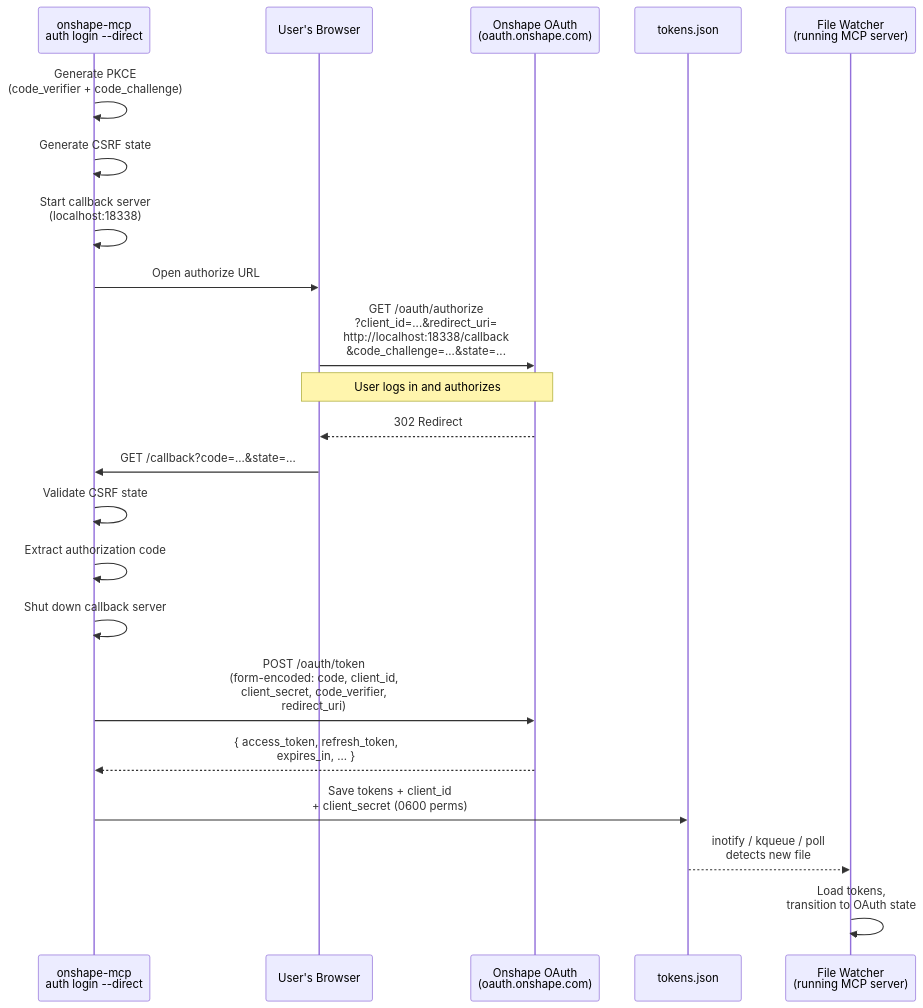
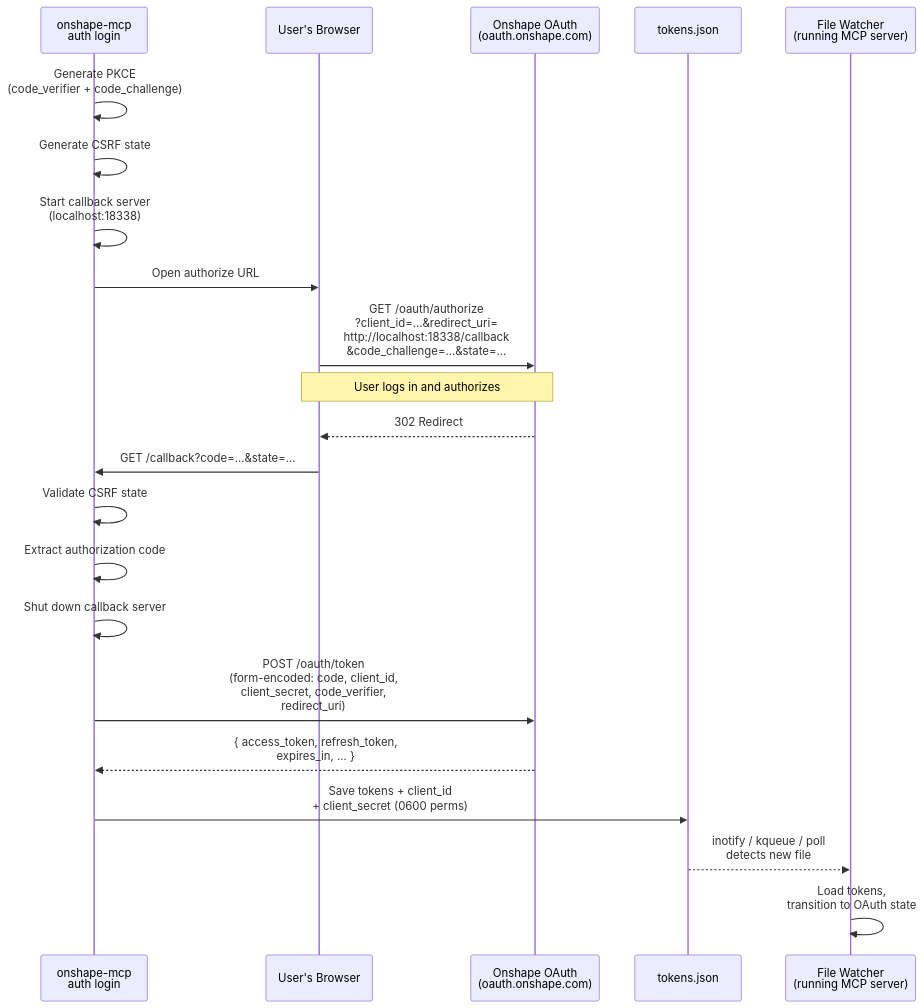
Before and after one commit to altendky/onshape-mcp: the fourth of 9 diagrams in docs/src/project/data-flow.md, drawn with Mermaid. The commit also changed other lines of this file and 27 other files, not shown here.

````diff
--- a/docs/src/project/data-flow.md
+++ b/docs/src/project/data-flow.md
@@ -135,32 +137,32 @@
 ```mermaid
 sequenceDiagram
-    participant CLI as onshape-mcp<br>auth login --direct
+    participant CLI as onshape-mcp<br>auth login
     participant Browser as User's Browser
     participant Onshape as Onshape OAuth<br>(oauth.onshape.com)
     participant File as tokens.json
     participant Watcher as File Watcher<br>(running MCP server)
 
     CLI->>CLI: Generate PKCE<br>(code_verifier + code_challenge)
     CLI->>CLI: Generate CSRF state
 
     CLI->>CLI: Start callback server<br>(localhost:18338)
 
     CLI->>Browser: Open authorize URL
     Browser->>Onshape: GET /oauth/authorize<br>?client_id=...&redirect_uri=<br>http://localhost:18338/callback<br>&code_challenge=...&state=...
     Note over Browser,Onshape: User logs in and authorizes
 
     Onshape-->>Browser: 302 Redirect
     Browser->>CLI: GET /callback?code=...&state=...
 
     CLI->>CLI: Validate CSRF state
     CLI->>CLI: Extract authorization code
     CLI->>CLI: Shut down callback server
 
     CLI->>Onshape: POST /oauth/token<br>(form-encoded: code, client_id,<br> client_secret, code_verifier,<br> redirect_uri)
     Onshape-->>CLI: { access_token, refresh_token,<br>  expires_in, ... }
 
     CLI->>File: Save tokens + client_id<br>+ client_secret (0600 perms)
 
     File-->>Watcher: inotify / kqueue / poll<br>detects new file
     Watcher->>Watcher: Load tokens,<br>transition to OAuth state
 ```
````
